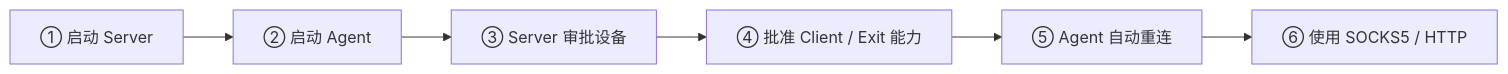
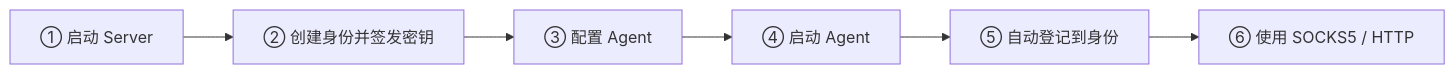
Before and after one commit to timwai/RelayProxy: the fifth of 9 diagrams in README.md, drawn with Mermaid. The commit also changed other lines of this file and 22 other files, not shown here.

````diff
--- a/README.md
+++ b/README.md
@@ -216,8 +214,8 @@
 ```mermaid
 flowchart LR
-    S1["① 启动 Server"] --> S2["② 启动 Agent"]
-    S2 --> S3["③ Server 审批设备"]
-    S3 --> S4["④ 批准 Client / Exit 能力"]
-    S4 --> S5["⑤ Agent 自动重连"]
+    S1["① 启动 Server"] --> S2["② 创建身份并签发密钥"]
+    S2 --> S3["③ 配置 Agent"]
+    S3 --> S4["④ 启动 Agent"]
+    S4 --> S5["⑤ 自动登记到身份"]
     S5 --> S6["⑥ 使用 SOCKS5 / HTTP"]
 ```
````
